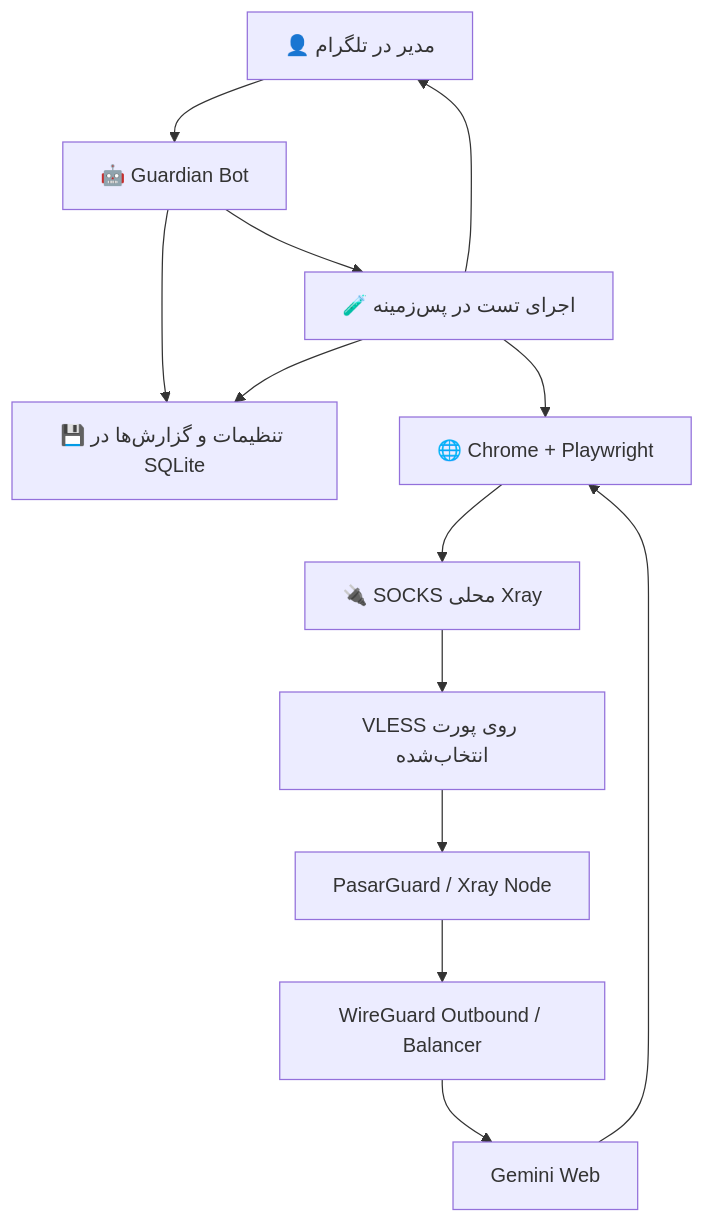
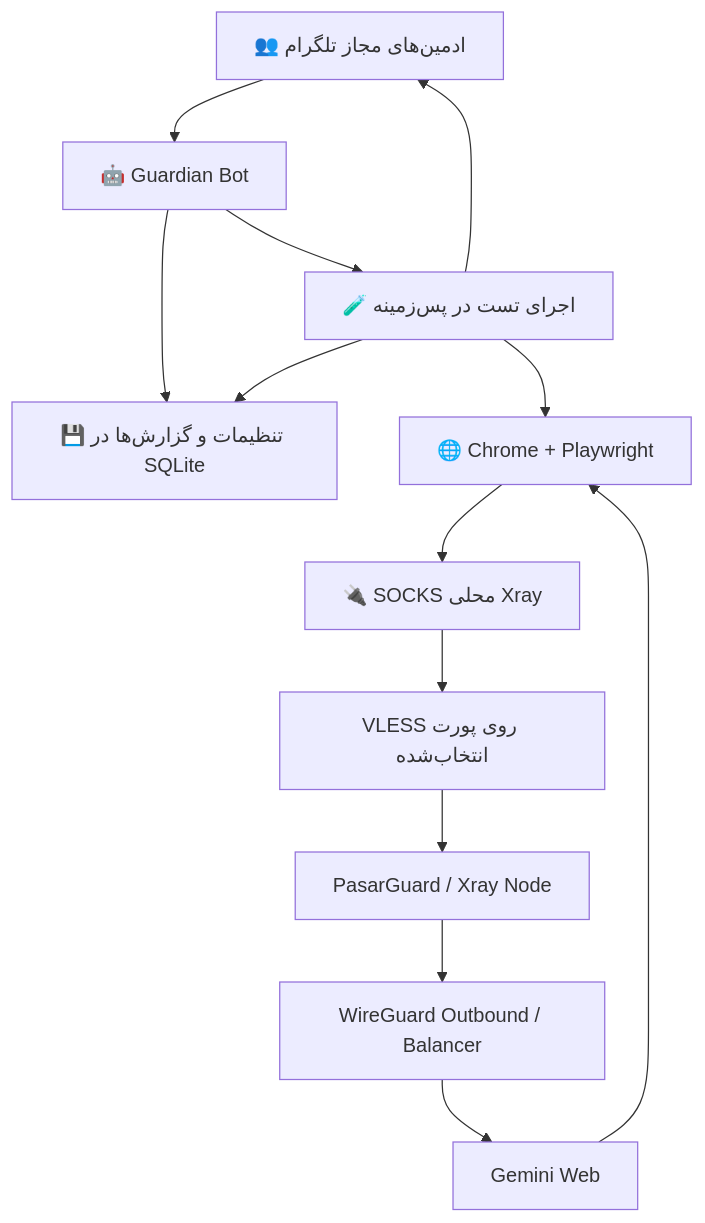
The diagram in README.md (h-zare-dev/xray-gemini-guardian), drawn with Mermaid before and after one commit. The commit also changed other lines of this file and 6 other files, not shown here.

````diff
--- a/README.md
+++ b/README.md
@@ -62,15 +63,15 @@
 ```mermaid
 flowchart TD
-    A["👤 مدیر در تلگرام"] --> B["🤖 Guardian Bot"]
+    A["👥 ادمین‌های مجاز تلگرام"] --> B["🤖 Guardian Bot"]
     B --> C["💾 تنظیمات و گزارش‌ها در SQLite"]
     B --> D["🧪 اجرای تست در پس‌زمینه"]
     D --> E["🌐 Chrome + Playwright"]
     E --> F["🔌 SOCKS محلی Xray"]
     F --> G["VLESS روی پورت انتخاب‌شده"]
     G --> H["PasarGuard / Xray Node"]
     H --> I["WireGuard Outbound / Balancer"]
     I --> J["Gemini Web"]
     J --> E
     D --> C
     D --> A
 ```
````
